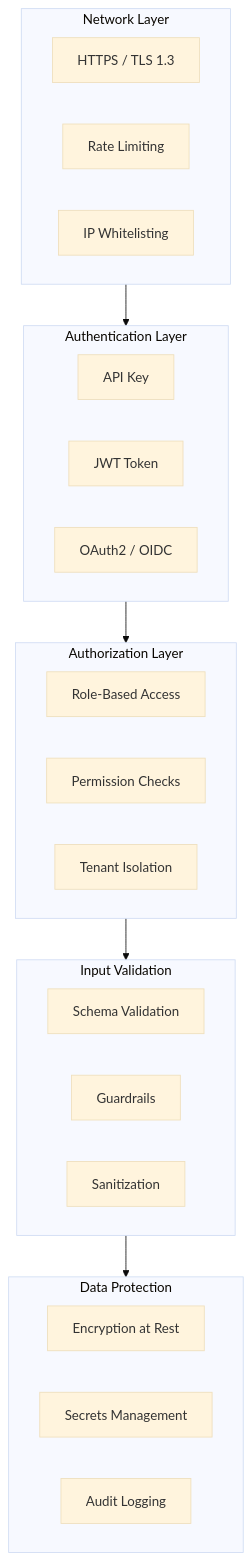
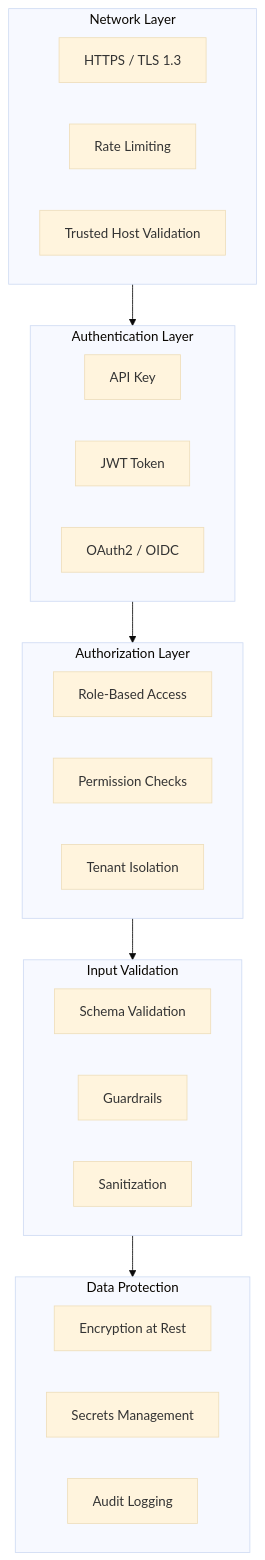
The diagram in mkdocs-site/docs/advanced/security.md (baselithcore/baselithcore), drawn with Mermaid (base theme) before and after one commit. The commit also changed other lines of this file and 116 other files, not shown here.

Commit message:
docs: update documentation across all core modules, plugins, and architecture guides alongside internal core logic refinements and test suite updates.

````diff
--- a/mkdocs-site/docs/advanced/security.md
+++ b/mkdocs-site/docs/advanced/security.md
@@ -17,34 +17,34 @@
 ```mermaid
 flowchart TB
     subgraph Network["Network Layer"]
         N1[HTTPS / TLS 1.3]
         N2[Rate Limiting]
-        N3[IP Whitelisting]
+        N3[Trusted Host Validation]
     end
 
     subgraph Auth["Authentication Layer"]
         A1[API Key]
         A2[JWT Token]
         A3[OAuth2 / OIDC]
     end
 
     subgraph Authz["Authorization Layer"]
         Z1[Role-Based Access]
         Z2[Permission Checks]
         Z3[Tenant Isolation]
     end
 
     subgraph Input["Input Validation"]
         I1[Schema Validation]
         I2[Guardrails]
         I3[Sanitization]
     end
 
     subgraph Data["Data Protection"]
         D1[Encryption at Rest]
         D2[Secrets Management]
         D3[Audit Logging]
     end
 
     Network --> Auth --> Authz --> Input --> Data
 ```
````
